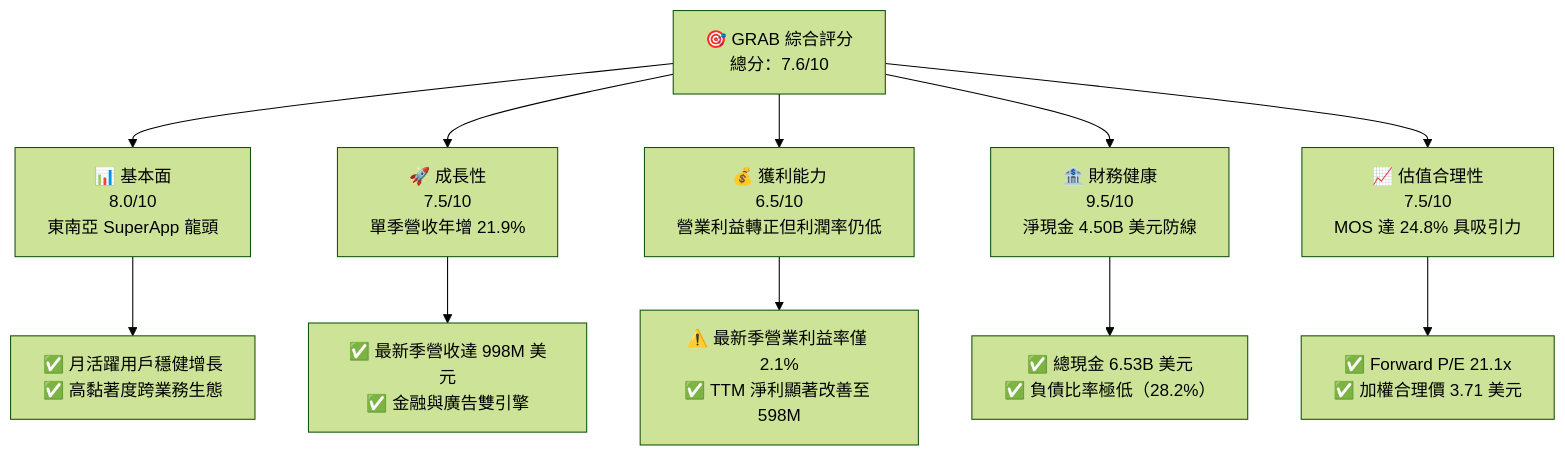
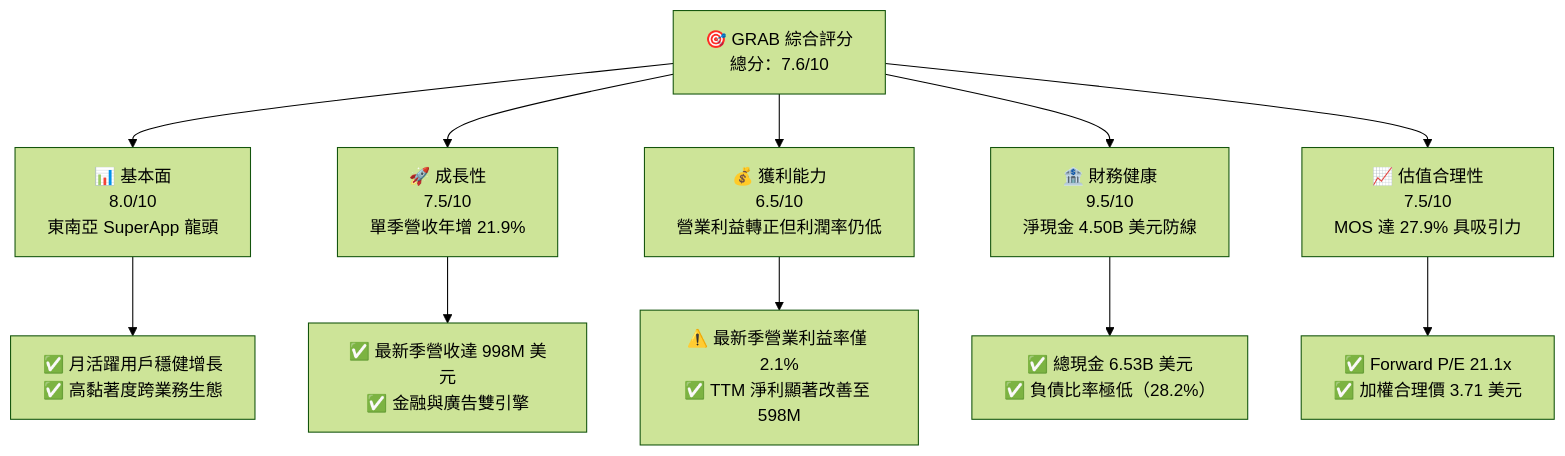
Before and after one commit to yennanliu/finance_data: the first of 15 diagrams in ai_gen_report/fundamental/grab/fundamental_analysis_2026-10-23_gemini.md, drawn with Mermaid (forest theme). The commit also changed other lines of this file and 339 other files, not shown here.

````diff
--- a/ai_gen_report/fundamental/grab/fundamental_analysis_2026-10-23_gemini.md
+++ b/ai_gen_report/fundamental/grab/fundamental_analysis_2026-10-23_gemini.md
@@ -73,22 +73,22 @@
 ```mermaid
 graph TD
     TICKER["🎯 GRAB 綜合評分<br/>總分：7.6/10"]
 
     F["📊 基本面<br/>8.0/10<br/>東南亞 SuperApp 龍頭"]
     G["🚀 成長性<br/>7.5/10<br/>單季營收年增 21.9%"]
     P["💰 獲利能力<br/>6.5/10<br/>營業利益轉正但利潤率仍低"]
     B["🏦 財務健康<br/>9.5/10<br/>淨現金 4.50B 美元防線"]
-    V["📈 估值合理性<br/>7.5/10<br/>MOS 達 24.8% 具吸引力"]
+    V["📈 估值合理性<br/>7.5/10<br/>MOS 達 27.9% 具吸引力"]
 
     TICKER --> F
     TICKER --> G
     TICKER --> P
     TICKER --> B
     TICKER --> V
 
     F --> F1["✅ 月活躍用戶穩健增長<br/>✅ 高黏著度跨業務生態"]
     G --> G1["✅ 最新季營收達 998M 美元<br/>✅ 金融與廣告雙引擎"]
     P --> P1["⚠️ 最新季營業利益率僅 2.1%<br/>✅ TTM 淨利顯著改善至 598M"]
     B --> B1["✅ 總現金 6.53B 美元<br/>✅ 負債比率極低（28.2%）"]
     V --> V1["✅ Forward P/E 21.1x<br/>✅ 加權合理價 3.71 美元"]
 ```
````
